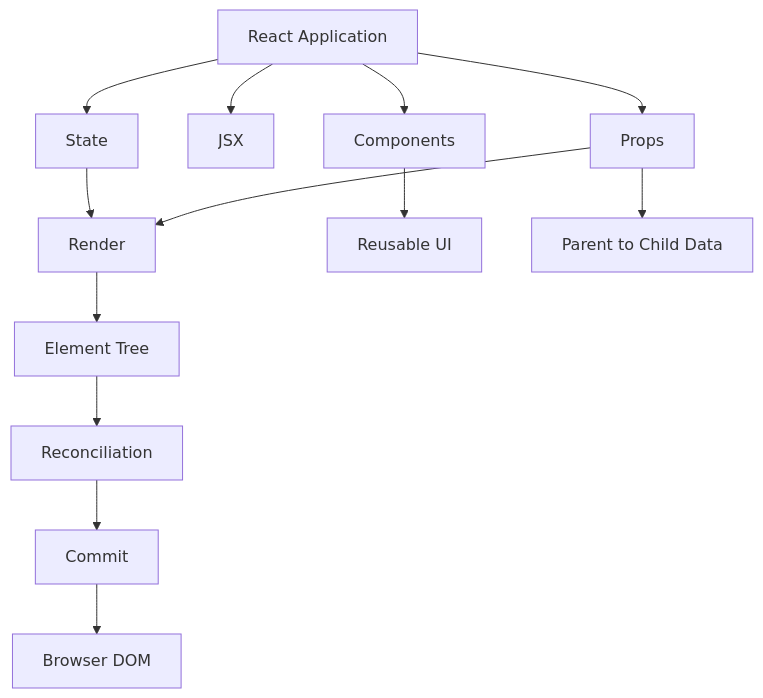
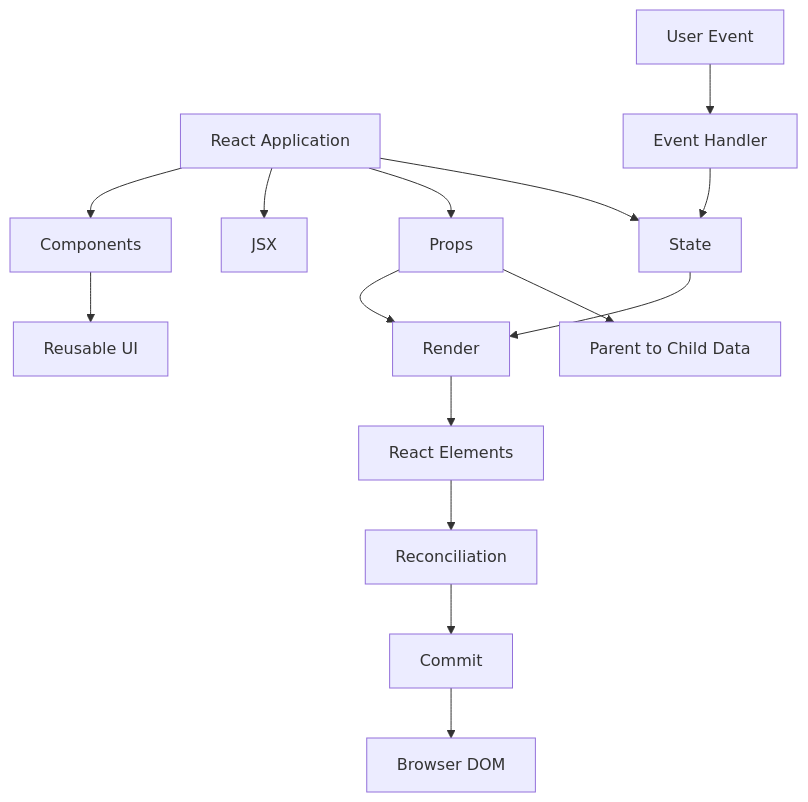
The diagram in tutorial-platform/public/tutorials/react/day-001-introduction-to-react.md (kaushalkumar8459/CodingTerminal-Tutorial-Notes), drawn with Mermaid before and after one commit. The commit also changed other lines of this file, not shown here.

Commit message:
content: strengthen React Day 1 learning flow

````diff
--- a/tutorial-platform/public/tutorials/react/day-001-introduction-to-react.md
+++ b/tutorial-platform/public/tutorials/react/day-001-introduction-to-react.md
@@ -475,15 +610,17 @@
 ```mermaid
 flowchart TD
   A[React Application] --> B[Components]
   A --> C[JSX]
   A --> D[Props]
   A --> E[State]
   E --> F[Render]
   D --> F
-  F --> G[Element Tree]
+  F --> G[React Elements]
   G --> H[Reconciliation]
   H --> I[Commit]
   I --> J[Browser DOM]
   B --> K[Reusable UI]
   D --> L[Parent to Child Data]
+  M[User Event] --> N[Event Handler]
+  N --> E
 ```
````
